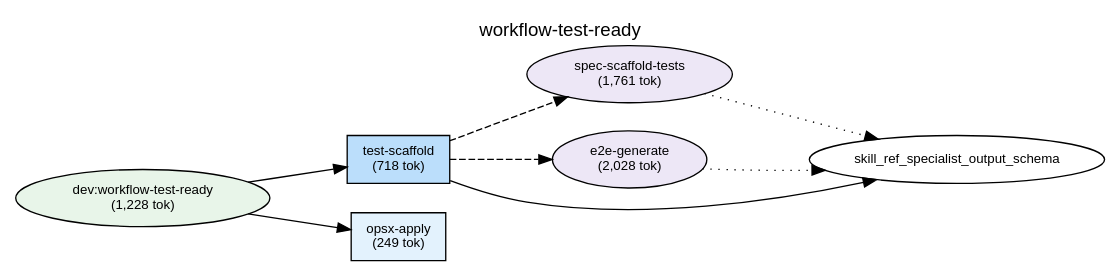
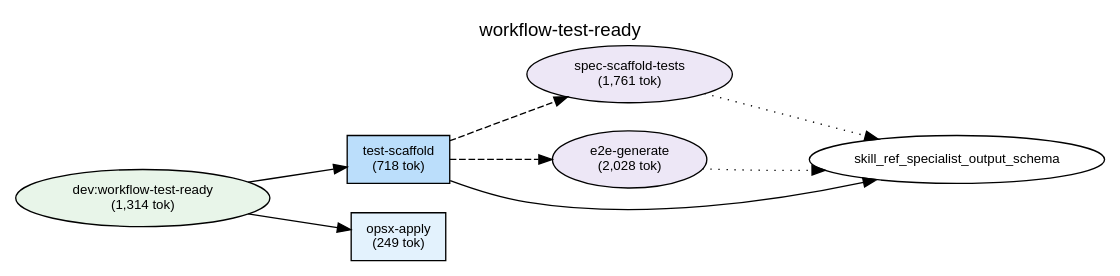
The diagram in plugins/dev/docs/deps-workflow-test-ready.dot (shuu5/twill), drawn with Graphviz before and after one commit. The commit also changed 22 other files, not shown here.

First line of the commit message:
feat(workflow-test-ready): quick ガードを追加（defense in depth）(#153) (#179)

```diff
--- a/plugins/dev/docs/deps-workflow-test-ready.dot
+++ b/plugins/dev/docs/deps-workflow-test-ready.dot
@@ -1,55 +1,55 @@
 digraph Dependencies {
     // Graph settings
     rankdir=LR;
     ranksep=0.8;
     nodesep=0.3;
     fontname="Helvetica";
     node [fontname="Helvetica", fontsize=10];
     edge [fontname="Helvetica", fontsize=9];
     label="workflow-test-ready";
     labelloc=t;
     fontsize=14;
 
     // L0: Controller Skills
 
     // L0: Launchers
 
     // L0.5: Workflow Skills
-    skill_workflow_test_ready [label="dev:workflow-test-ready\n(1,228 tok)", shape=ellipse, style=filled, fillcolor="#e8f5e9"];
+    skill_workflow_test_ready [label="dev:workflow-test-ready\n(1,314 tok)", shape=ellipse, style=filled, fillcolor="#e8f5e9"];
 
     // Reference Skills
 
     // L1: Direct Commands
     cmd_opsx_apply [label="opsx-apply\n(249 tok)", shape=box, style=filled, fillcolor="#e3f2fd"];
     cmd_test_scaffold [label="test-scaffold\n(718 tok)", shape=box, style=filled, fillcolor="#bbdefb"];
 
     // L2: Sub Commands
 
     // L3: Agents
     agent_spec_scaffold_tests [label="spec-scaffold-tests\n(1,761 tok)", shape=ellipse, style=filled, fillcolor="#ede7f6"];
     agent_e2e_generate [label="e2e-generate\n(2,028 tok)", shape=ellipse, style=filled, fillcolor="#ede7f6"];
 
     // L3.5: Scripts
 
     // L4: External
 
     // Layer constraints
     { rank=same; skill_workflow_test_ready; }
     { rank=same; cmd_opsx_apply; cmd_test_scaffold; }
     { rank=same; agent_spec_scaffold_tests; agent_e2e_generate; }
 
     // Edges
     skill_workflow_test_ready -> cmd_test_scaffold;
     skill_workflow_test_ready -> cmd_opsx_apply;
     cmd_test_scaffold -> agent_spec_scaffold_tests [style=dashed];
     cmd_test_scaffold -> agent_e2e_generate [style=dashed];
     cmd_test_scaffold -> skill_ref_specialist_output_schema;
     agent_spec_scaffold_tests -> skill_ref_specialist_output_schema [style=dotted];
     agent_e2e_generate -> skill_ref_specialist_output_schema [style=dotted];
 
     // Ordering constraints (invisible edges)
     cmd_test_scaffold -> cmd_opsx_apply [style=invis, weight=10];
     agent_spec_scaffold_tests -> agent_e2e_generate [style=invis, weight=10];
     agent_e2e_generate -> skill_ref_specialist_output_schema [style=invis, weight=10];
 
 }
```
